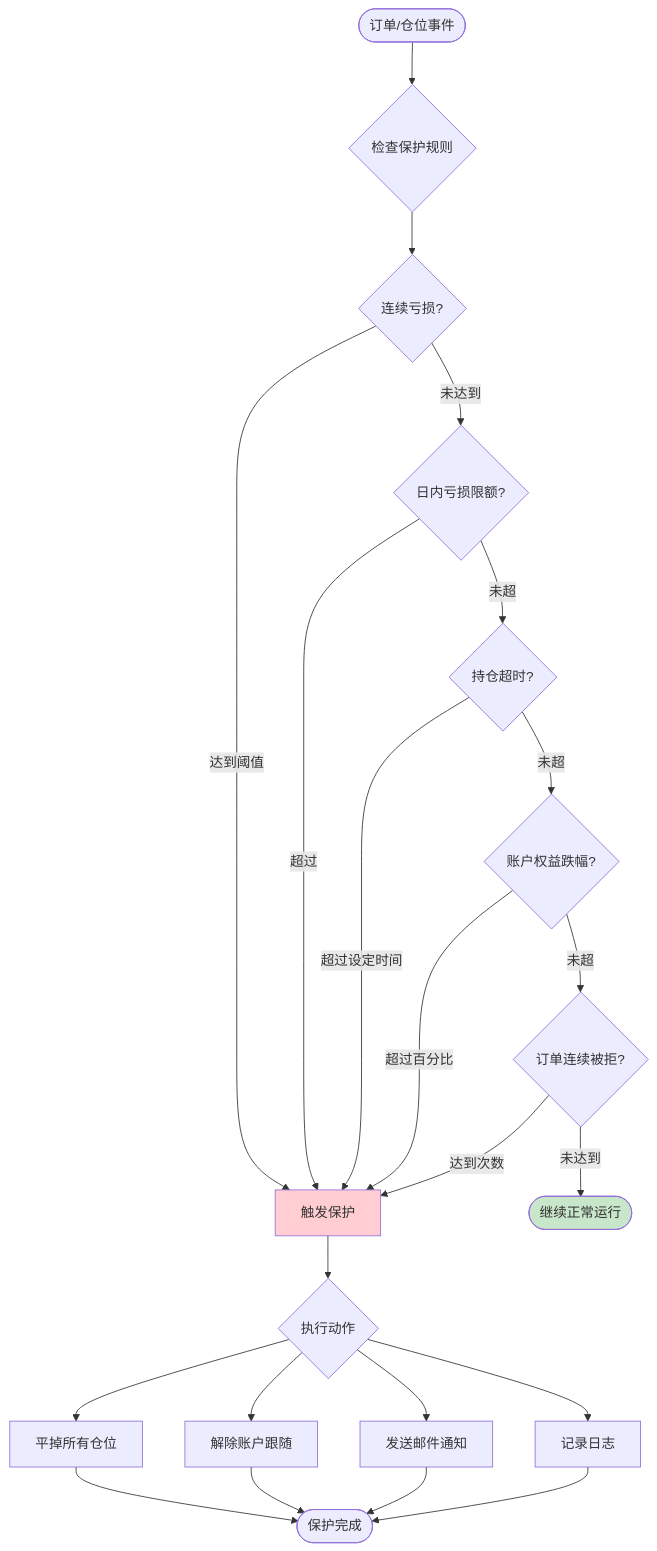
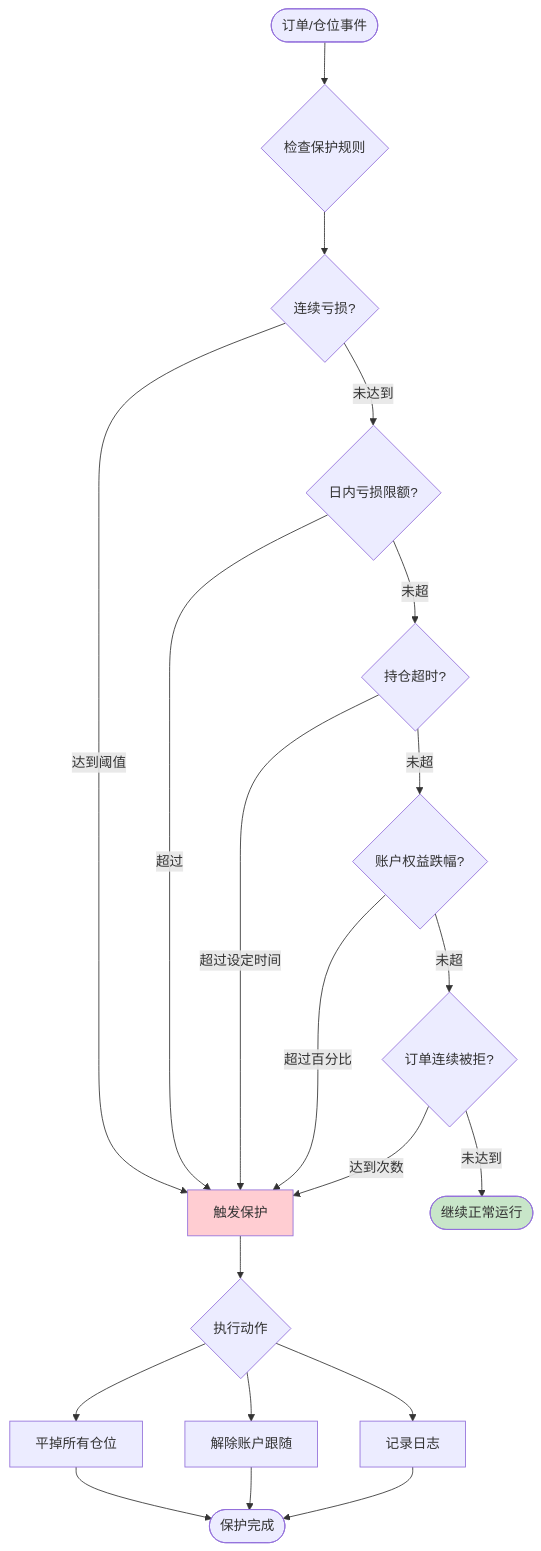
Before and after one commit to MrHuangJser/nt8-plugins: the third of 19 diagrams in docs/GroupTradeAddOn-Architecture.md, drawn with Mermaid. The commit also changed other lines of this file and 21 other files, not shown here.

````diff
--- a/docs/GroupTradeAddOn-Architecture.md
+++ b/docs/GroupTradeAddOn-Architecture.md
@@ -317,40 +392,38 @@
 ```mermaid
 flowchart TD
     START([订单/仓位事件]) --> CHECK{检查保护规则}
 
     CHECK --> R1{连续亏损?}
     R1 -->|达到阈值| TRIGGER
     R1 -->|未达到| R2
 
     R2{日内亏损限额?}
     R2 -->|超过| TRIGGER
     R2 -->|未超| R3
 
     R3{持仓超时?}
     R3 -->|超过设定时间| TRIGGER
     R3 -->|未超| R4
 
     R4{账户权益跌幅?}
     R4 -->|超过百分比| TRIGGER
     R4 -->|未超| R5
 
     R5{订单连续被拒?}
     R5 -->|达到次数| TRIGGER
     R5 -->|未达到| PASS
 
     TRIGGER[触发保护] --> ACTION{执行动作}
     ACTION --> A1[平掉所有仓位]
     ACTION --> A2[解除账户跟随]
-    ACTION --> A3[发送邮件通知]
-    ACTION --> A4[记录日志]
+    ACTION --> A3[记录日志]
 
     PASS([继续正常运行])
 
     A1 --> END([保护完成])
     A2 --> END
     A3 --> END
-    A4 --> END
 
     style TRIGGER fill:#ffcdd2
     style PASS fill:#c8e6c9
 ```
````
